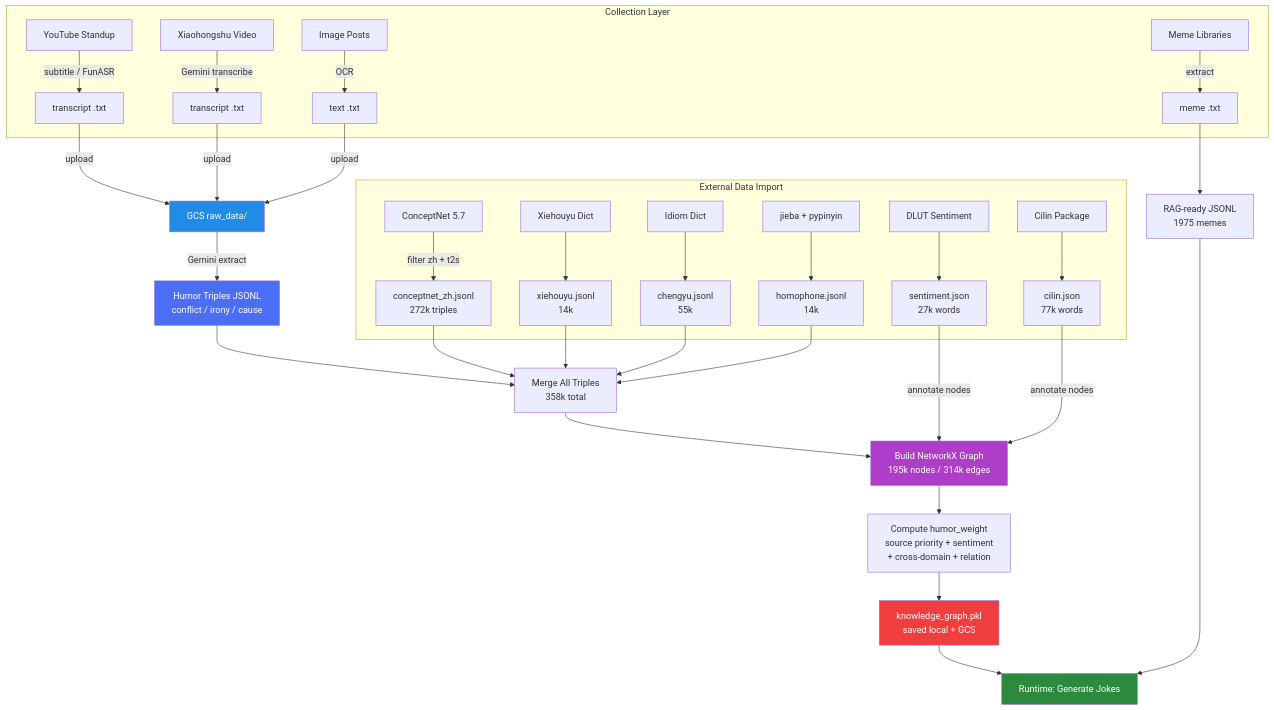
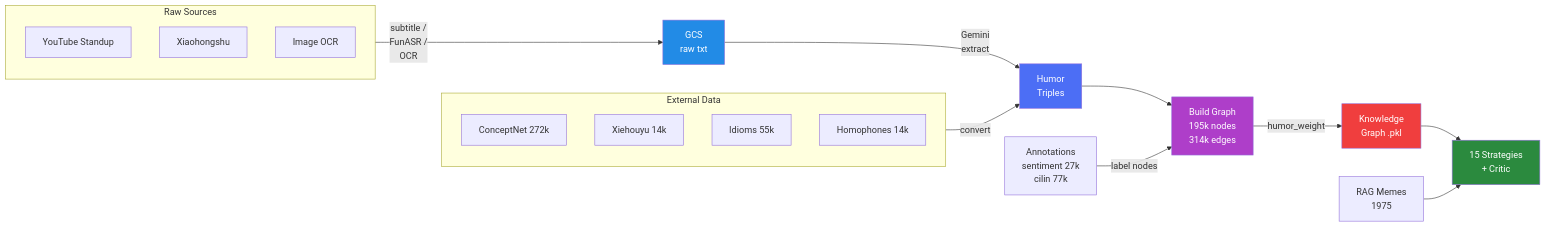
One commit to echo-xiao/humor_generator changed the fourth of 7 diagrams in docs/diagrams.md. Above: the diagram before and after it, drawn with Mermaid. The commit also changed other lines of this file, not shown here.

Commit message:
docs: fix evaluation framework layout (LR) + simplify data flow

````diff
--- a/docs/diagrams.md
+++ b/docs/diagrams.md
@@ -148,46 +148,35 @@
 ```mermaid
-graph TD
-    subgraph COLLECT["Collection Layer"]
-        YT["YouTube Standup"] -->|subtitle / FunASR| TXT1["transcript .txt"]
-        XHS["Xiaohongshu Video"] -->|Gemini transcribe| TXT2["transcript .txt"]
-        IMG["Image Posts"] -->|OCR| TXT3["text .txt"]
-        MEMES["Meme Libraries"] -->|extract| TXT4["meme .txt"]
+graph LR
+    subgraph SRC["Raw Sources"]
+        S1["YouTube Standup"]
+        S2["Xiaohongshu"]
+        S3["Image OCR"]
     end
 
-    subgraph EXTERNAL["External Data Import"]
-        CN["ConceptNet 5.7"] -->|filter zh + t2s| CN_J["conceptnet_zh.jsonl<br/>272k triples"]
-        XHY["Xiehouyu Dict"] --> XHY_J["xiehouyu.jsonl<br/>14k"]
-        CY["Idiom Dict"] --> CY_J["chengyu.jsonl<br/>55k"]
-        PY["jieba + pypinyin"] --> HP_J["homophone.jsonl<br/>14k"]
-        DLUT["DLUT Sentiment"] --> SENT["sentiment.json<br/>27k words"]
-        CIL["Cilin Package"] --> CIL_J["cilin.json<br/>77k words"]
+    subgraph EXT["External Data"]
+        E1["ConceptNet 272k"]
+        E2["Xiehouyu 14k"]
+        E3["Idioms 55k"]
+        E4["Homophones 14k"]
     end
 
-    TXT1 & TXT2 & TXT3 -->|upload| GCS["GCS raw_data/"]
-    GCS -->|Gemini extract| TRIP["Humor Triples JSONL<br/>conflict / irony / cause"]
-    TXT4 --> RAG_J["RAG-ready JSONL<br/>1975 memes"]
+    SRC -->|"subtitle /<br/>FunASR /<br/>OCR"| GCS["GCS<br/>raw txt"]
+    GCS -->|"Gemini<br/>extract"| TRIP["Humor<br/>Triples"]
 
-    TRIP --> MERGE["Merge All Triples<br/>358k total"]
-    CN_J --> MERGE
-    XHY_J --> MERGE
-    CY_J --> MERGE
-    HP_J --> MERGE
+    EXT -->|"convert"| TRIP
 
-    MERGE --> BUILD["Build NetworkX Graph<br/>195k nodes / 314k edges"]
+    TRIP --> BUILD["Build Graph<br/>195k nodes<br/>314k edges"]
 
-    SENT -->|annotate nodes| BUILD
-    CIL_J -->|annotate nodes| BUILD
+    ANN["Annotations<br/>sentiment 27k<br/>cilin 77k"] -->|"label nodes"| BUILD
 
-    BUILD --> HW["Compute humor_weight<br/>source priority + sentiment<br/>+ cross-domain + relation"]
+    BUILD -->|"humor_weight"| PKL["Knowledge<br/>Graph .pkl"]
 
-    HW --> PKL["knowledge_graph.pkl<br/>saved local + GCS"]
-
-    PKL --> RUNTIME["Runtime: Generate Jokes"]
-    RAG_J --> RUNTIME
+    PKL --> RUN["15 Strategies<br/>+ Critic"]
+    MEME["RAG Memes<br/>1975"] --> RUN
 
     style GCS fill:#228be6,color:#fff
     style TRIP fill:#4c6ef5,color:#fff
     style BUILD fill:#ae3ec9,color:#fff
     style PKL fill:#f03e3e,color:#fff
-    style RUNTIME fill:#2b8a3e,color:#fff
+    style RUN fill:#2b8a3e,color:#fff
 ```
````
